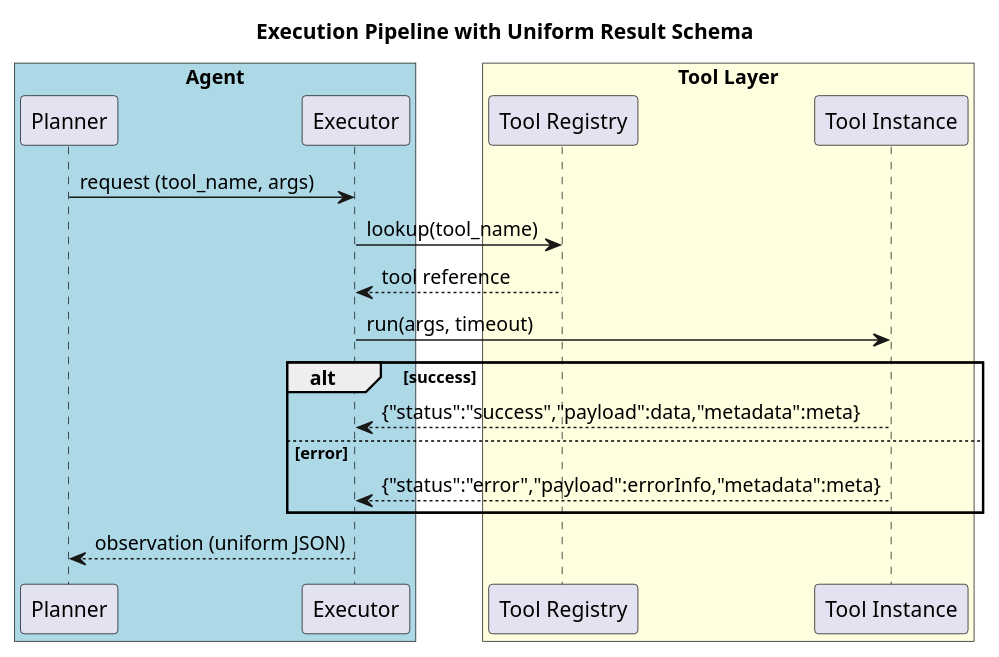
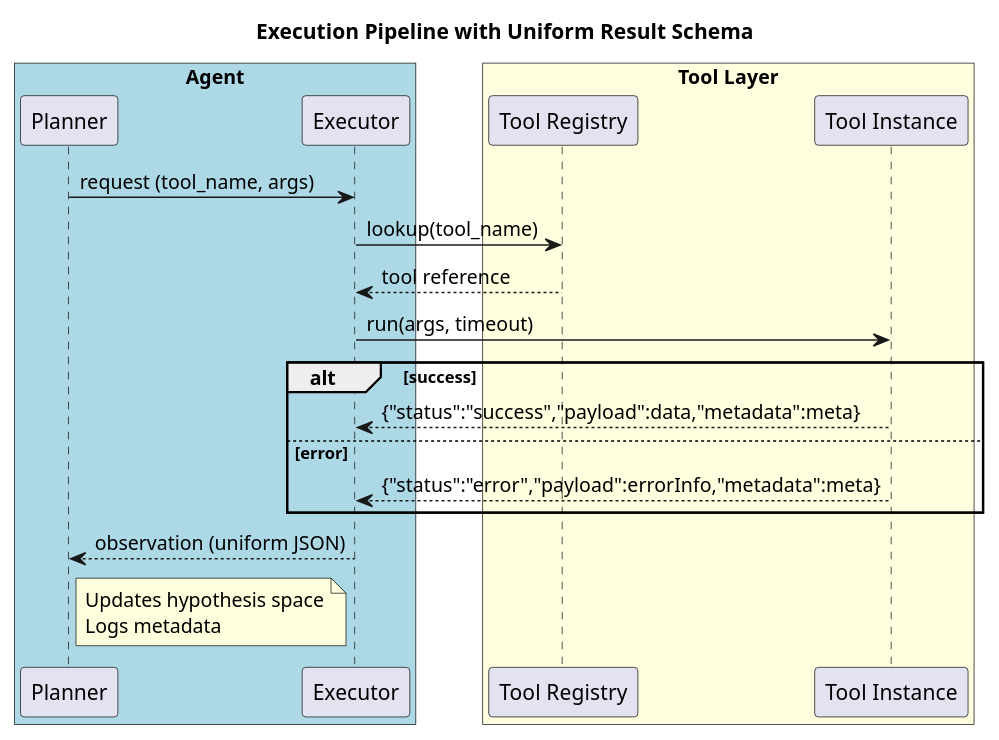
The first of 2 diagrams in aipa/llm-elevated/ch09-lecture-03.adoc (InquiryInstitute/AIPA), drawn with PlantUML before and after one commit. The commit also changed other lines of this file and 128 other files, not shown here.

```diff
--- a/aipa/llm-elevated/ch09-lecture-03.adoc
+++ b/aipa/llm-elevated/ch09-lecture-03.adoc
@@ -65,26 +76,30 @@
 [plantuml, execution-pipeline, svg]
 ----
 @startuml
 title Execution Pipeline with Uniform Result Schema
 box "Agent" #LightBlue
   participant "Planner" as Planner
   participant "Executor" as Executor
 end box
 
 box "Tool Layer" #LightYellow
   participant "Tool Registry" as Registry
   participant "Tool Instance" as Tool
 end box
 
 Planner -> Executor : request (tool_name, args)
 Executor -> Registry : lookup(tool_name)
 Registry --> Executor : tool reference
 Executor -> Tool : run(args, timeout)
 alt success
     Tool --> Executor : {"status":"success","payload":data,"metadata":meta}
 else error
     Tool --> Executor : {"status":"error","payload":errorInfo,"metadata":meta}
 end
 Executor --> Planner : observation (uniform JSON)
+note right of Planner
+  Updates hypothesis space
+  Logs metadata
+end note
 @enduml
 ----
```
